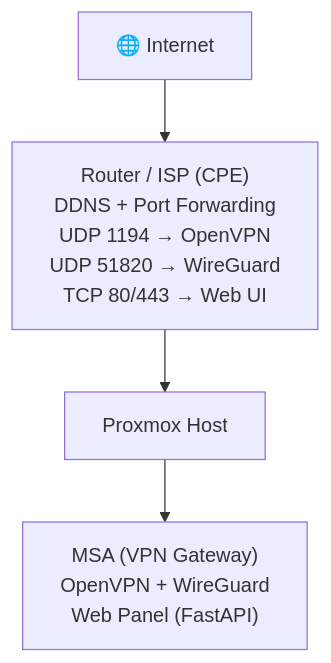
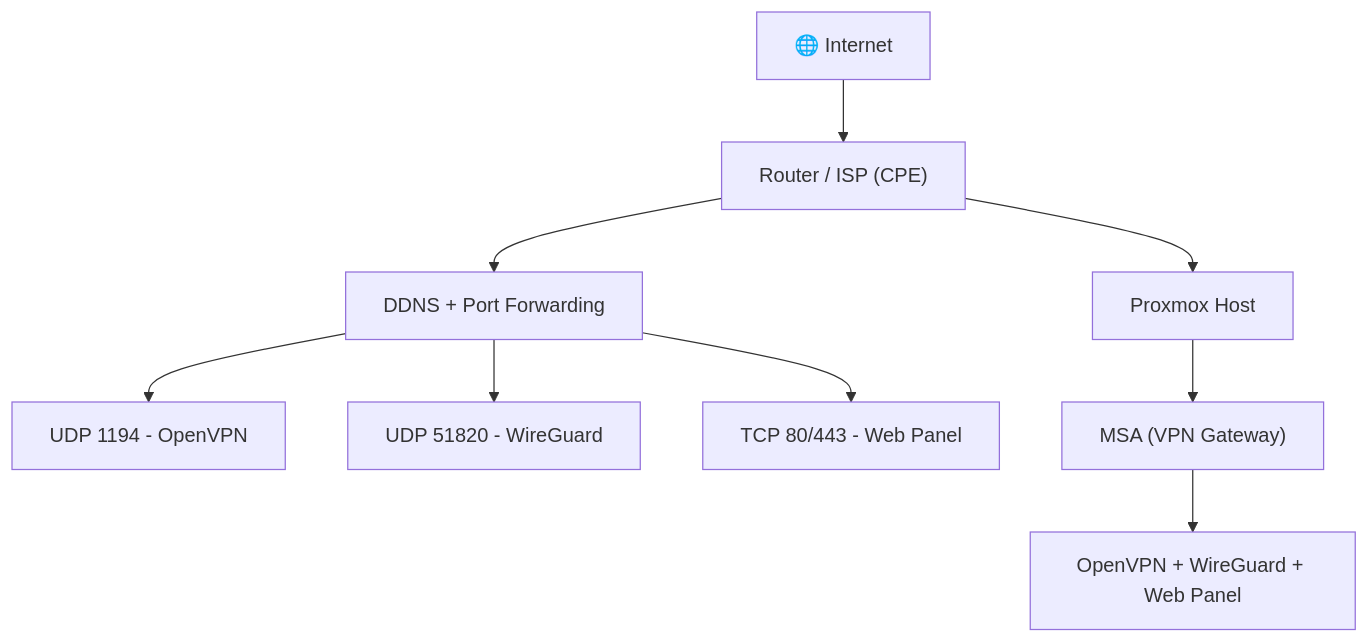
The diagram in README.md (r0s3mbr1ck/Marano_Secure_Access_MSA), drawn with Mermaid before and after one commit.

Commit message:
Update network flowchart in README.md
Refactor the network flowchart in README.md to improve clarity and structure.

````diff
--- a/README.md
+++ b/README.md
@@ -170,9 +170,21 @@
 ```mermaid
 flowchart TD
     Internet["🌐 Internet"]
-    Router["Router / ISP (CPE)\nDDNS + Port Forwarding\nUDP 1194 → OpenVPN\nUDP 51820 → WireGuard\nTCP 80/443 → Web UI"]
+    Router["Router / ISP (CPE)"]
+    Ports["DDNS + Port Forwarding"]
+    OpenVPN["UDP 1194 - OpenVPN"]
+    WireGuard["UDP 51820 - WireGuard"]
+    Web["TCP 80/443 - Web Panel"]
     Proxmox["Proxmox Host"]
-    MSA["MSA (VPN Gateway)\nOpenVPN + WireGuard\nWeb Panel (FastAPI)"]
+    MSA["MSA (VPN Gateway)"]
+    Services["OpenVPN + WireGuard + Web Panel"]
 
-    Internet --> Router --> Proxmox --> MSA
+    Internet --> Router
+    Router --> Ports
+    Ports --> OpenVPN
+    Ports --> WireGuard
+    Ports --> Web
+    Router --> Proxmox
+    Proxmox --> MSA
+    MSA --> Services
 ```
````
